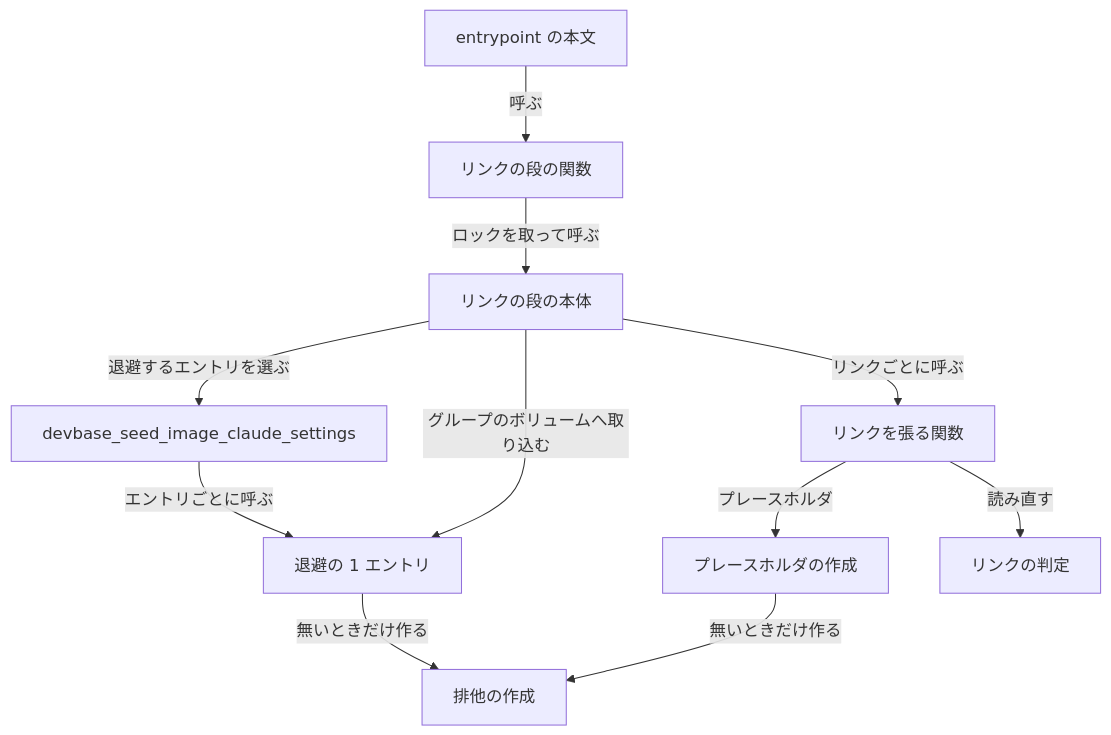
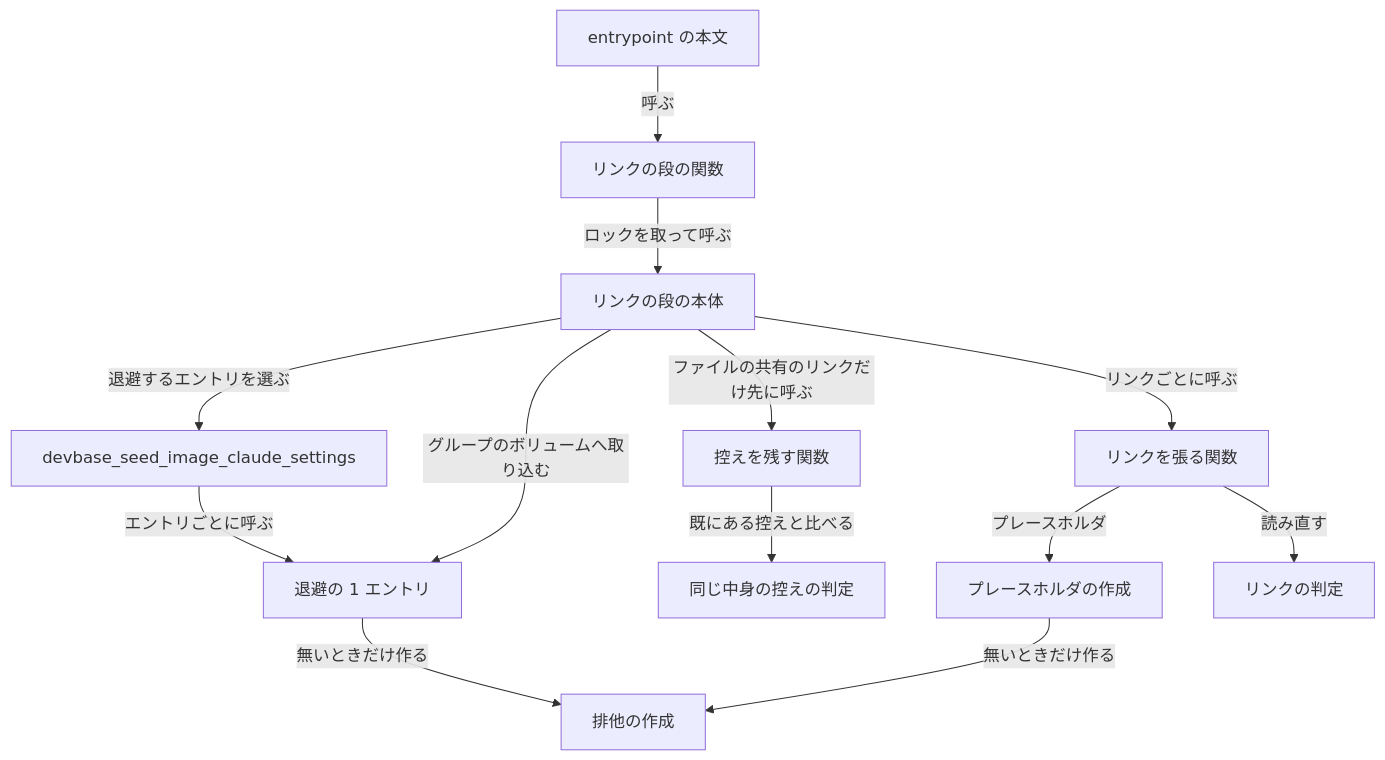
Before and after one commit to devbasex/devbase: the first of 6 diagrams in docs/specifications/container-link-stage.md, drawn with Mermaid. The commit also changed other lines of this file and 4 other files, not shown here.

````diff
--- a/docs/specifications/container-link-stage.md
+++ b/docs/specifications/container-link-stage.md
@@ -46,13 +50,15 @@
 ```mermaid
 graph TD
     M[entrypoint の本文] -->|呼ぶ| S[リンクの段の関数]
     S -->|ロックを取って呼ぶ| A[リンクの段の本体]
     A -->|退避するエントリを選ぶ| X[devbase_seed_image_claude_settings]
     X -->|エントリごとに呼ぶ| E[退避の 1 エントリ]
     A -->|グループのボリュームへ取り込む| E
     A -->|リンクごとに呼ぶ| L[リンクを張る関数]
+    A -->|ファイルの共有のリンクだけ先に呼ぶ| K[控えを残す関数]
+    K -->|既にある控えと比べる| D[同じ中身の控えの判定]
     L -->|プレースホルダ| P[プレースホルダの作成]
     E -->|無いときだけ作る| R[排他の作成]
     P -->|無いときだけ作る| R
     L -->|読み直す| C[リンクの判定]
 ```
````
